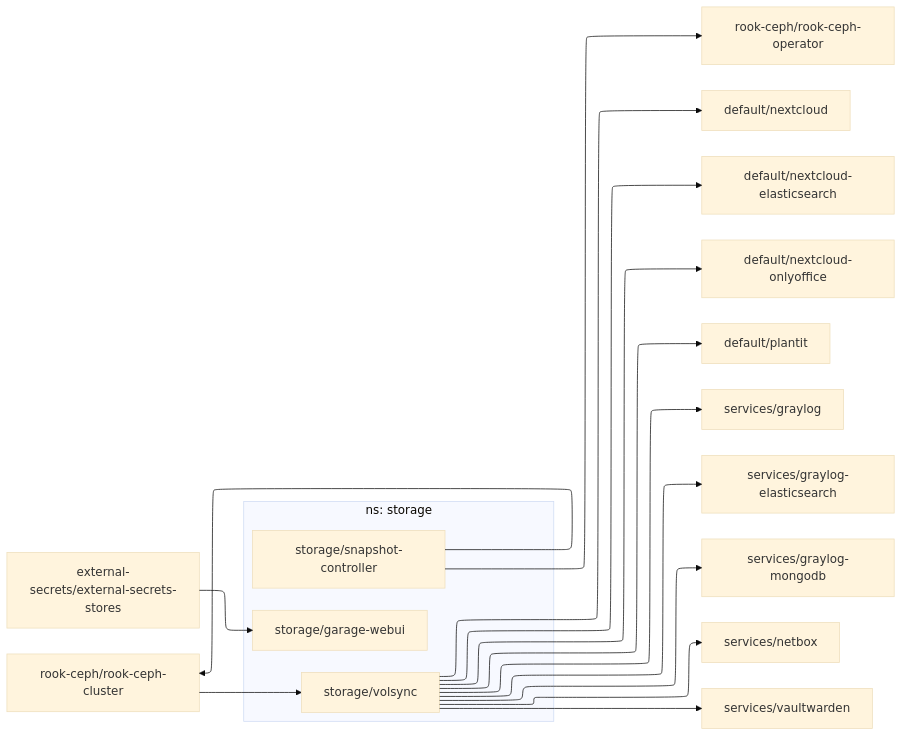
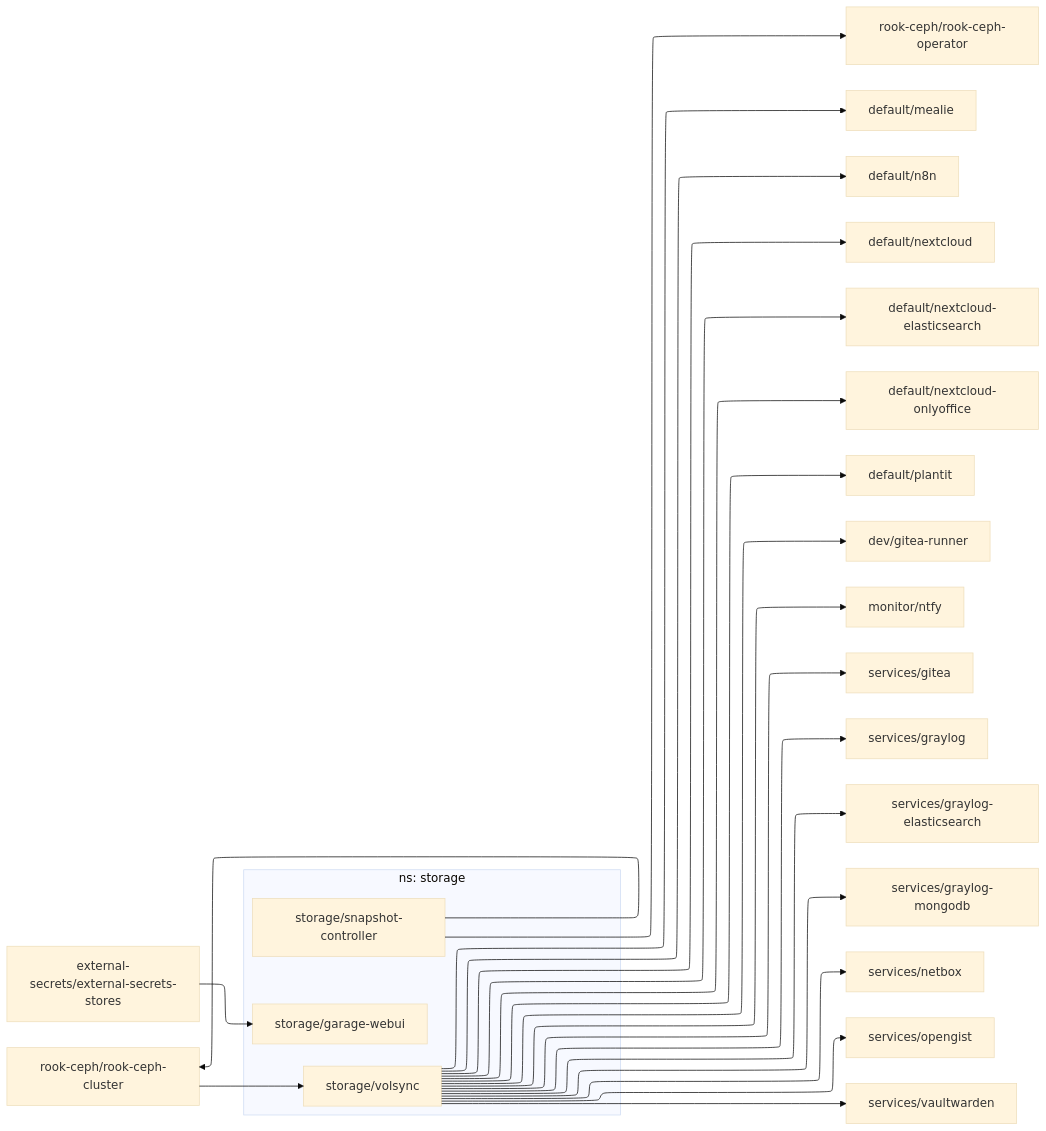
Before and after one commit to roblandry/home-ops: the diagram in dependencies/DEPENDENCIES-storage.md, drawn with Mermaid (base theme). The commit also changed 13 other files, not shown here.

````diff
--- a/dependencies/DEPENDENCIES-storage.md
+++ b/dependencies/DEPENDENCIES-storage.md
@@ -1,26 +1,32 @@
 ```mermaid
 ---
 config:
   layout: elk
 ---
 flowchart LR
 
   subgraph "ns: storage"
     storage/garage-webui
     storage/snapshot-controller
     storage/volsync
   end
   external-secrets/external-secrets-stores --> storage/garage-webui
   rook-ceph/rook-ceph-cluster --> storage/volsync
   storage/snapshot-controller --> rook-ceph/rook-ceph-cluster
   storage/snapshot-controller --> rook-ceph/rook-ceph-operator
+  storage/volsync --> default/mealie
+  storage/volsync --> default/n8n
   storage/volsync --> default/nextcloud
   storage/volsync --> default/nextcloud-elasticsearch
   storage/volsync --> default/nextcloud-onlyoffice
   storage/volsync --> default/plantit
+  storage/volsync --> dev/gitea-runner
+  storage/volsync --> monitor/ntfy
+  storage/volsync --> services/gitea
   storage/volsync --> services/graylog
   storage/volsync --> services/graylog-elasticsearch
   storage/volsync --> services/graylog-mongodb
   storage/volsync --> services/netbox
+  storage/volsync --> services/opengist
   storage/volsync --> services/vaultwarden
 ```
````
